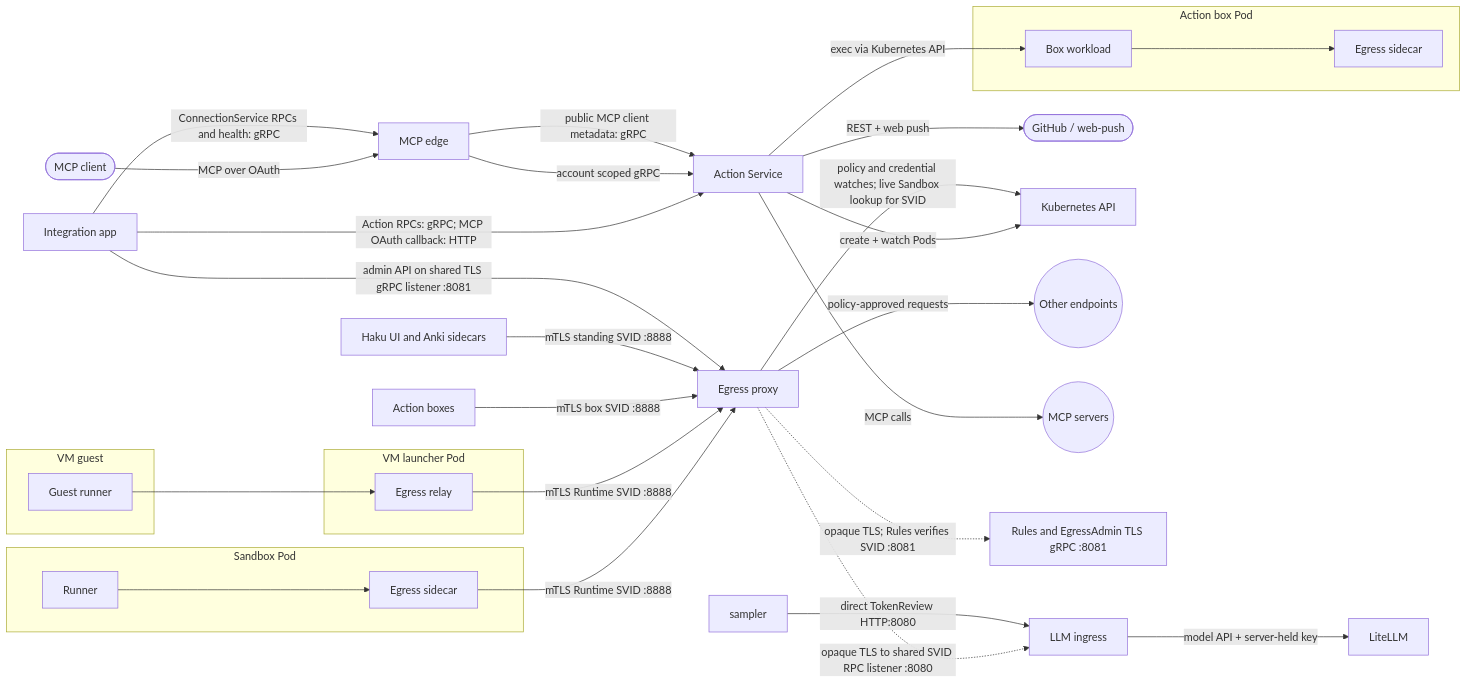
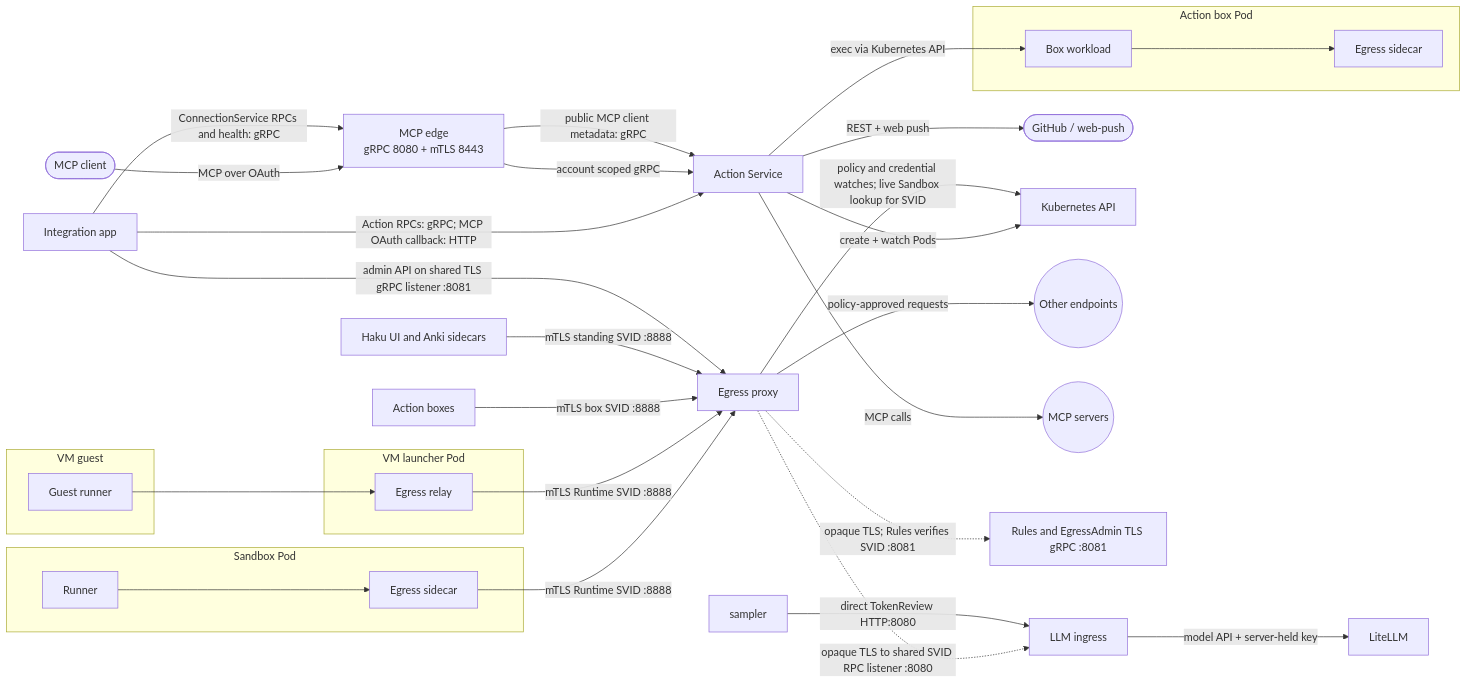
Before and after one commit to agentydragon/ducktape: diagram 12 of 15 in agentplane/docs/system_overview.md, drawn with Mermaid. The commit also changed other lines of this file and 3 other files, not shown here.

Commit message:
Enable the MCP edge App mTLS listener

````diff
--- a/agentplane/docs/system_overview.md
+++ b/agentplane/docs/system_overview.md
@@ -630,50 +630,50 @@
 ```mermaid
 flowchart LR
     mcp_client([MCP client])
     github([GitHub / web-push])
     app[Integration app]
     actions[Action Service]
-    edge[MCP edge]
+    edge["MCP edge<br/>gRPC 8080 + mTLS 8443"]
     k8s[Kubernetes API]
     subgraph box[Action box Pod]
         workload[Box workload]
         box_sidecar[Egress sidecar]
     end
     subgraph sandbox[Sandbox Pod]
         runner[Runner]
         sidecar[Egress sidecar]
     end
     subgraph vm_guest[VM guest]
         guest[Guest runner]
     end
     subgraph vm_pod[VM launcher Pod]
         relay[Egress relay]
     end
     egress[Egress proxy]
     llm[LLM ingress]
     litellm[LiteLLM]
     other((Other endpoints))
     mcp_servers((MCP servers))
 
     mcp_client -->|MCP over OAuth| edge
     app -->|Action RPCs: gRPC; MCP OAuth callback: HTTP| actions
     app -->|ConnectionService RPCs and health: gRPC| edge
     edge -->|account scoped gRPC| actions
     edge -->|public MCP client metadata: gRPC| actions
     actions -->|create + watch Pods| k8s
     actions -->|exec via Kubernetes API| workload
     workload --> box_sidecar
     runner --> sidecar -->|mTLS Runtime SVID :8888| egress
     guest --> relay -->|mTLS Runtime SVID :8888| egress
     nonSandbox[Action boxes] -->|mTLS box SVID :8888| egress
     standing[Haku UI and Anki sidecars] -->|mTLS standing SVID :8888| egress
     app -->|admin API on shared TLS gRPC listener :8081| egress
     egress -->|policy and credential watches; live Sandbox lookup for SVID| k8s
     egress -->|policy-approved requests| other
     egress -.->|opaque TLS; Rules verifies SVID :8081| rules[Rules and EgressAdmin TLS gRPC :8081]
     egress -.->|opaque TLS to shared SVID RPC listener :8080| llm
     sampler -->|direct TokenReview HTTP:8080| llm
     llm -->|model API + server-held key| litellm
     actions -->|MCP calls| mcp_servers
     actions -->|REST + web push| github
 ```
````
